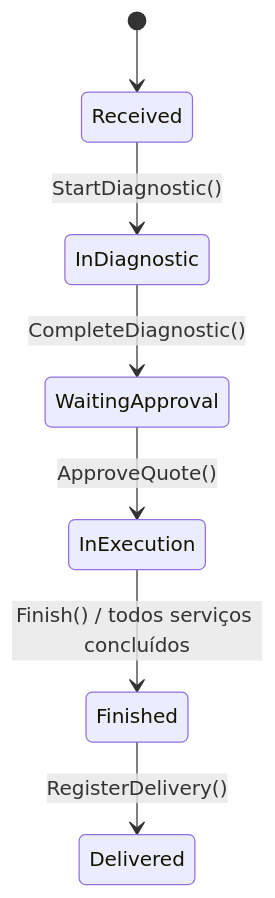
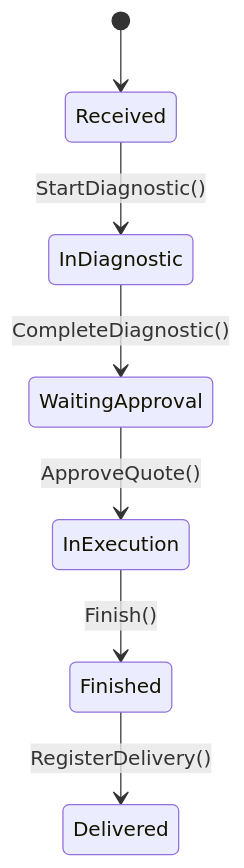
The diagram in docs/specs/V1/aggregates/service-order.md (marcossilvajnr/GarageFlow), drawn with Mermaid before and after one commit. The commit also changed other lines of this file and 32 other files, not shown here.

````diff
--- a/docs/specs/V1/aggregates/service-order.md
+++ b/docs/specs/V1/aggregates/service-order.md
@@ -55,9 +82,9 @@
 ```mermaid
 stateDiagram-v2
     [*] --> Received
     Received --> InDiagnostic : StartDiagnostic()
     InDiagnostic --> WaitingApproval : CompleteDiagnostic()
     WaitingApproval --> InExecution : ApproveQuote()
-    InExecution --> Finished : Finish() / todos serviços concluídos
+    InExecution --> Finished : Finish()
     Finished --> Delivered : RegisterDelivery()
 ```
````
